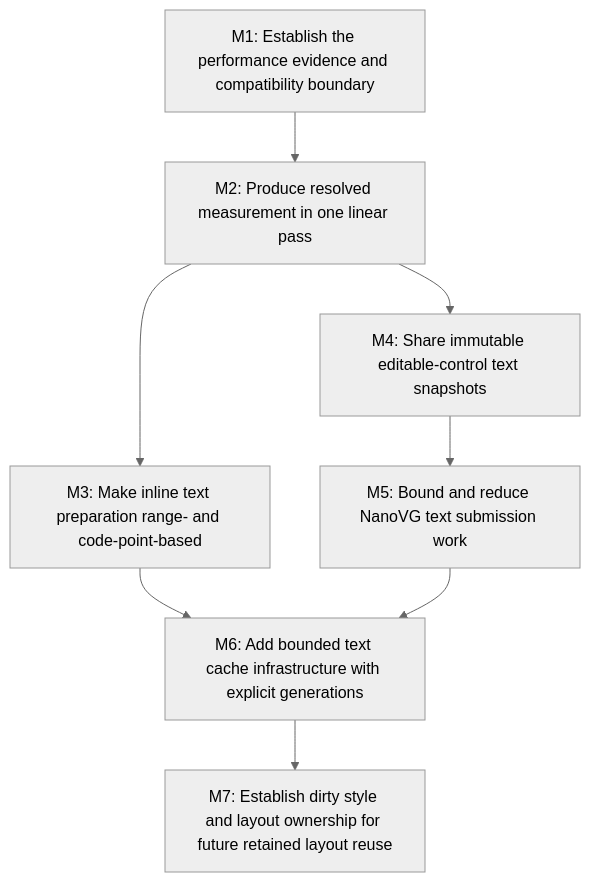
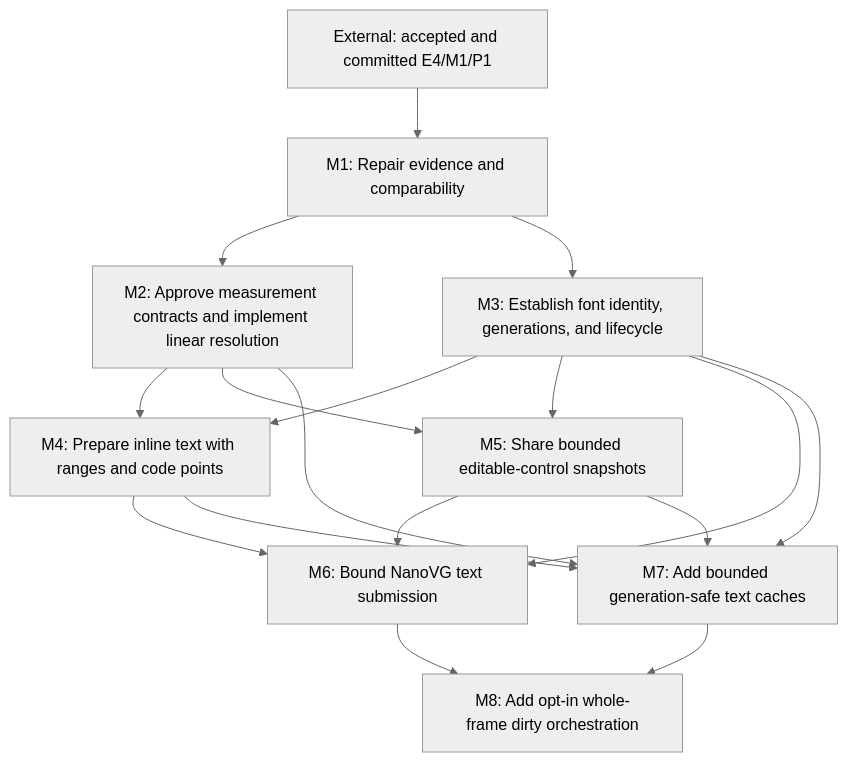
Before and after one commit to SpinyOwl/SpinyGUI: the diagram in docs/work/E5 - Text performance improvements.md, drawn with Mermaid (neutral theme). The commit also changed other lines of this file and 114 other files, not shown here.

````diff
--- a/docs/work/E5 - Text performance improvements.md
+++ b/docs/work/E5 - Text performance improvements.md
@@ -426,17 +384,28 @@
 ```mermaid
 flowchart TD
-  M1["M1: Establish the performance evidence and compatibility boundary"]
-  M2["M2: Produce resolved measurement in one linear pass"]
-  M3["M3: Make inline text preparation range- and code-point-based"]
-  M4["M4: Share immutable editable-control text snapshots"]
-  M5["M5: Bound and reduce NanoVG text submission work"]
-  M6["M6: Add bounded text cache infrastructure with explicit generations"]
-  M7["M7: Establish dirty style and layout ownership for future retained layout reuse"]
+  E4["External: accepted and committed E4/M1/P1"]
+  M1["M1: Repair evidence and comparability"]
+  M2["M2: Approve measurement contracts and implement linear resolution"]
+  M3["M3: Establish font identity, generations, and lifecycle"]
+  M4["M4: Prepare inline text with ranges and code points"]
+  M5["M5: Share bounded editable-control snapshots"]
+  M6["M6: Bound NanoVG text submission"]
+  M7["M7: Add bounded generation-safe text caches"]
+  M8["M8: Add opt-in whole-frame dirty orchestration"]
+  E4 --> M1
   M1 --> M2
-  M2 --> M3
+  M1 --> M3
   M2 --> M4
-  M4 --> M5
+  M3 --> M4
+  M2 --> M5
+  M3 --> M5
   M3 --> M6
+  M4 --> M6
   M5 --> M6
-  M6 --> M7
+  M2 --> M7
+  M3 --> M7
+  M4 --> M7
+  M5 --> M7
+  M6 --> M8
+  M7 --> M8
 ```
````
